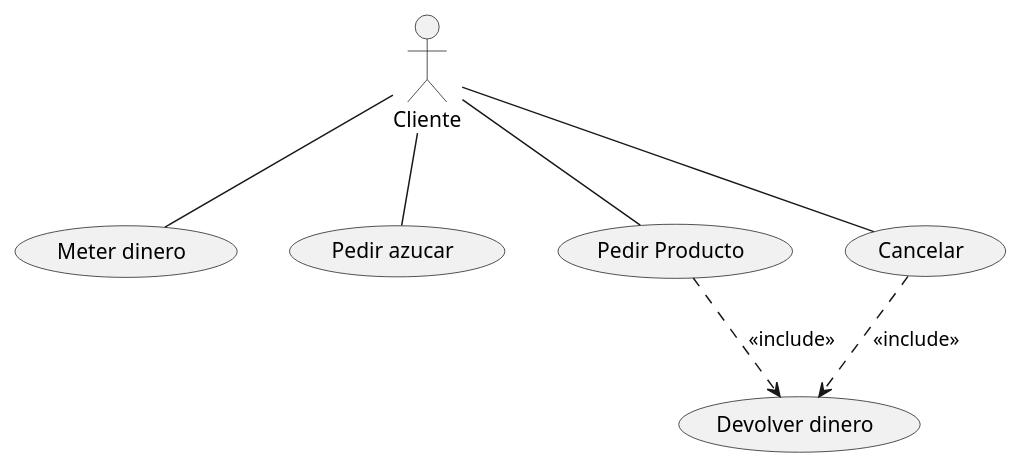
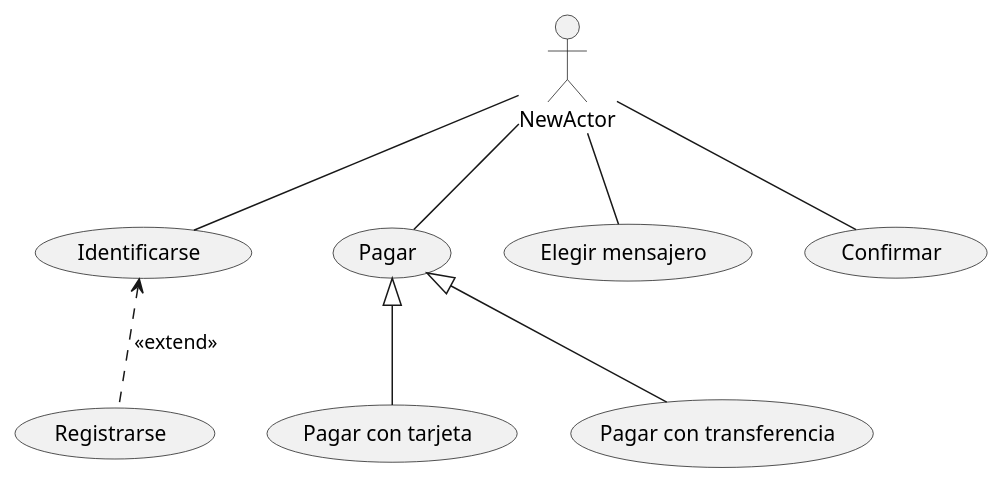
Before and after one commit to alejaandroobc/CasosDeUso_UML: the diagram in src/CasosDeUso_UML.puml, drawn with PlantUML.

Commit message:
Ejemplo Tienda Internet

```diff
--- a/src/CasosDeUso_UML.puml
+++ b/src/CasosDeUso_UML.puml
@@ -1,14 +1,17 @@
 @startuml
-:Cliente:
-usecase "Meter dinero" as UC1
-usecase "Pedir azucar" as UC2
-usecase "Pedir Producto" as UC3
-usecase "Cancelar" as UC4
-usecase "Devolver dinero" as UC5
-Cliente -- UC1
-Cliente -- UC2
-Cliente -- UC3
-Cliente --UC4
-UC3 ..> UC5 :<<include>>
-UC4 ..> UC5 :<<include>>
+:NewActor:
+usecase "Identificarse" as UC1
+usecase "Pagar" as UC2
+usecase "Elegir mensajero" as UC3
+usecase "Confirmar" as UC4
+usecase "Registrarse" as UC5
+usecase "Pagar con tarjeta" as UC6
+usecase "Pagar con transferencia" as UC7
+NewActor -- UC1
+NewActor -- UC2
+NewActor -- UC3
+NewActor --UC4
+UC1 <.. UC5 : <<extend>>
+UC2 <|-- UC6
+UC2 <|--UC7
 @enduml
```
